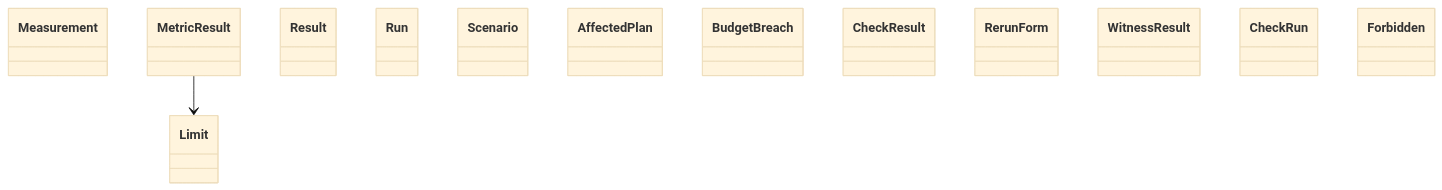
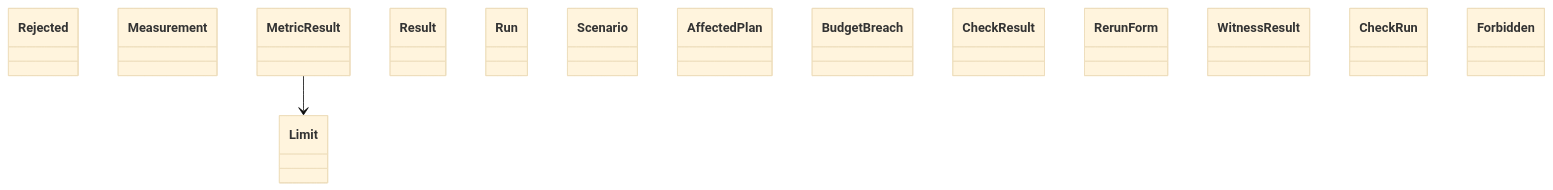
Before and after one commit to GonzaloZevallos/agentic-system: the diagram in docs/architecture/generated/classes-process-domain-checks-2.md, drawn with Mermaid (base theme). The commit also changed other lines of this file and 15 other files, not shown here.

````diff
--- a/docs/architecture/generated/classes-process-domain-checks-2.md
+++ b/docs/architecture/generated/classes-process-domain-checks-2.md
@@ -20,17 +20,18 @@
 ```mermaid
 classDiagram
+    class coverage__Rejected["Rejected"]
     class performance__Limit["Limit"]
     class performance__Measurement["Measurement"]
     class performance__MetricResult["MetricResult"]
     class performance__Result["Result"]
     class performance__Run["Run"]
     class performance__Scenario["Scenario"]
     class presubmit__AffectedPlan["AffectedPlan"]
     class presubmit__BudgetBreach["BudgetBreach"]
     class presubmit__CheckResult["CheckResult"]
     class presubmit__RerunForm["RerunForm"]
     class presubmit__WitnessResult["WitnessResult"]
     class run_check__CheckRun["CheckRun"]
     class suppressions__Forbidden["Forbidden"]
     performance__MetricResult --> performance__Limit
 ```
````
